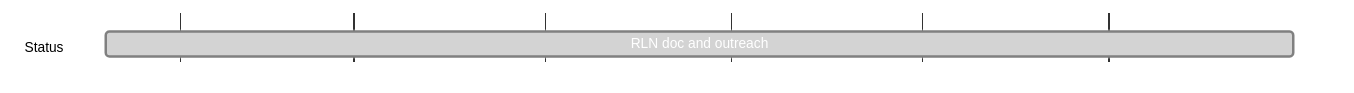
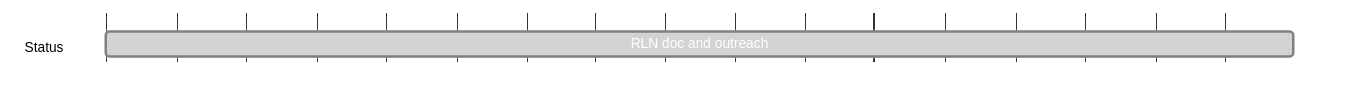
The diagram in content/vac/acz/rlnp2p/vac/rln-doc-and-outreach.md (logos-co/roadmap), drawn with Mermaid before and after one commit. The commit also changed other lines of this file and 9 other files, not shown here.

Commit message:
update acz roadmap

````diff
--- a/content/vac/acz/rlnp2p/vac/rln-doc-and-outreach.md
+++ b/content/vac/acz/rlnp2p/vac/rln-doc-and-outreach.md
@@ -7,20 +7,20 @@
 ```mermaid
 %%{ 
   init: { 
     'theme': 'base', 
     'themeVariables': { 
       'primaryColor': '#BB2528', 
       'primaryTextColor': '#fff', 
       'primaryBorderColor': '#7C0000', 
       'lineColor': '#F8B229', 
       'secondaryColor': '#006100', 
       'tertiaryColor': '#fff' 
     } 
   } 
 }%%
 gantt
   tickInterval 1month
   dateFormat YYYY-MM-DD 
   section Status
-    RLN doc and outreach: done, 2023-01-20, 2023-07-31
+    RLN doc and outreach: done, 2023-08-01, 2024-12-31
 ```
````
